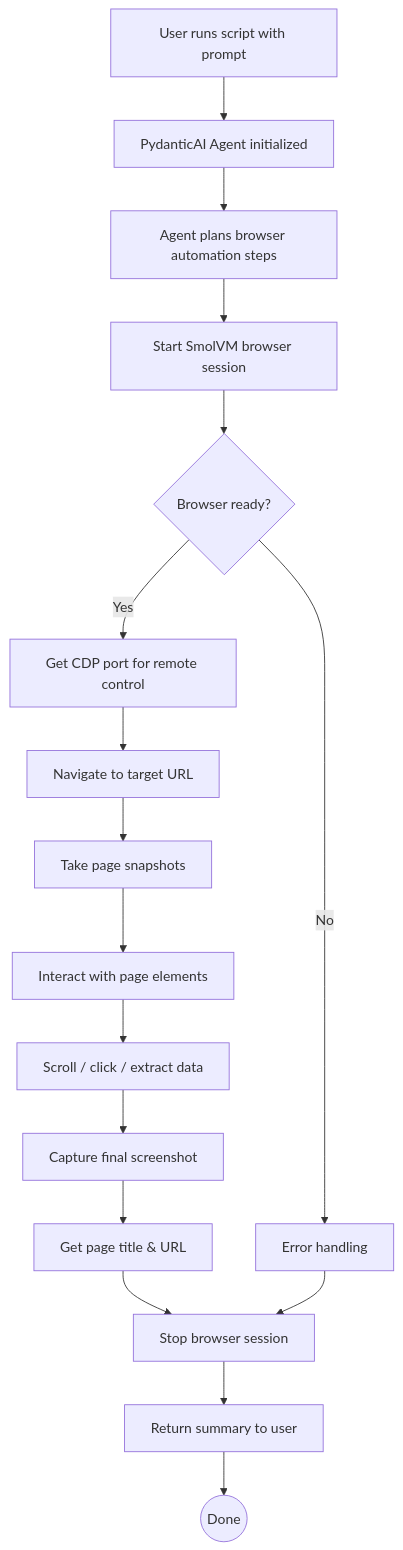
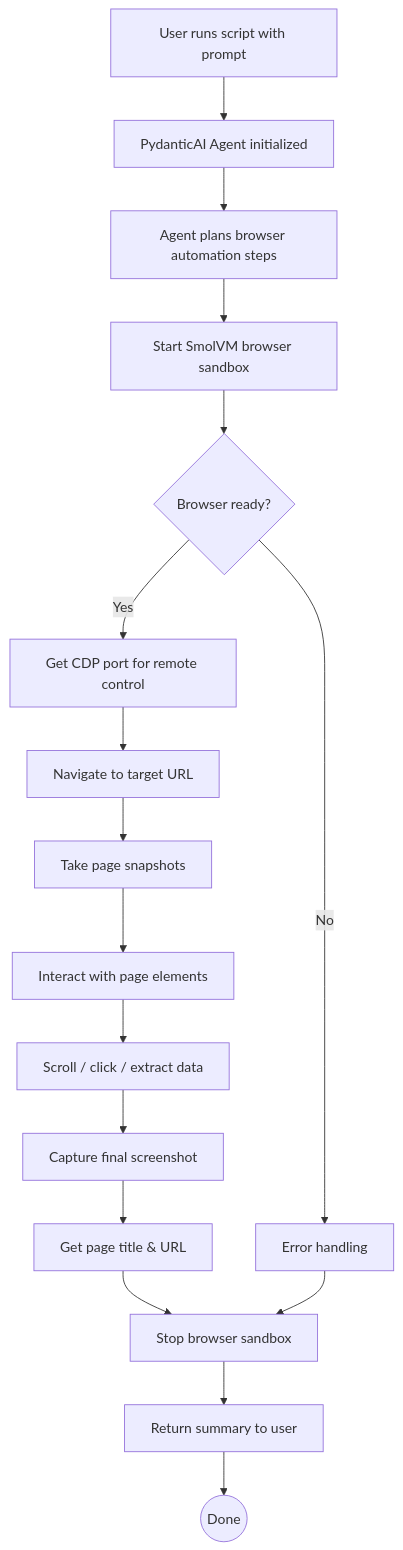
Before and after one commit to gaby/SmolVM: the diagram in examples/agent_tools/README.md, drawn with Mermaid. The commit also changed 24 other files, not shown here.

First line of the commit message:
[codex] add browser and desktop sandbox APIs (#356)

````diff
--- a/examples/agent_tools/README.md
+++ b/examples/agent_tools/README.md
@@ -7,24 +7,24 @@
 ```mermaid
 flowchart TD
     A[User runs script with prompt] --> B[PydanticAI Agent initialized]
     B --> C[Agent plans browser automation steps]
     
-    C --> D[Start SmolVM browser session]
+    C --> D[Start SmolVM browser sandbox]
     D --> E{Browser ready?}
     E -->|Yes| F[Get CDP port for remote control]
     E -->|No| X[Error handling]
     
     F --> G[Navigate to target URL]
     G --> H[Take page snapshots]
     H --> I[Interact with page elements]
     I --> J[Scroll / click / extract data]
     
     J --> K[Capture final screenshot]
     K --> L[Get page title & URL]
-    L --> M[Stop browser session]
+    L --> M[Stop browser sandbox]
     
     M --> N[Return summary to user]
     N --> O((Done))
     
     X --> M
 ```
````
